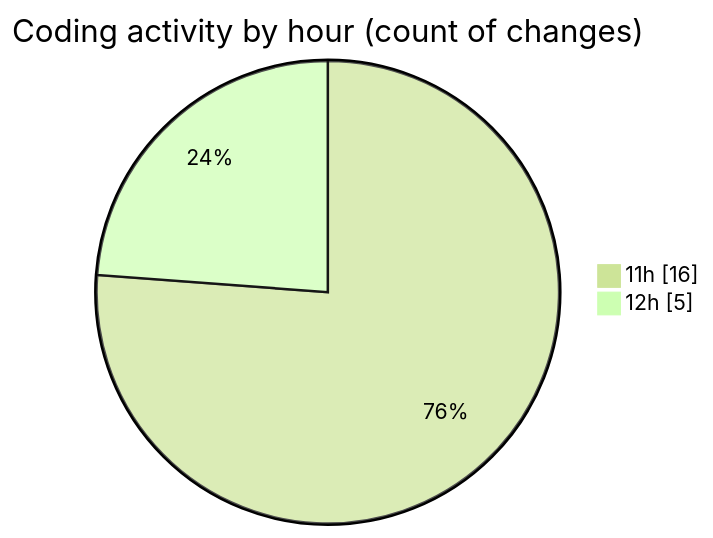
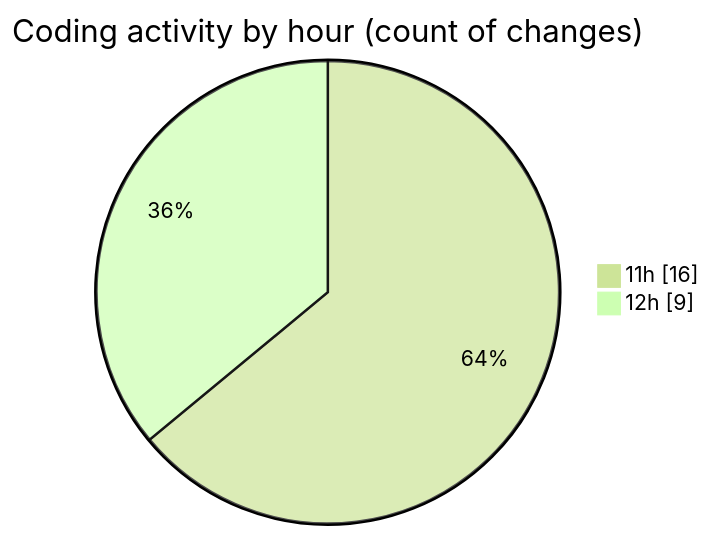
One commit to Netris89/code-tracking changed the second of 2 diagrams in 2025-03-26/back-end/README.md. Above: the diagram before and after it, drawn with Mermaid (forest theme). The commit also changed other lines of this file and 1 other file, not shown here.

````diff
--- a/2025-03-26/back-end/README.md
+++ b/2025-03-26/back-end/README.md
@@ -41,6 +42,6 @@
 ```mermaid
 pie showData
 title Coding activity by hour (count of changes)
 "11h" : 16
-"12h" : 5
+"12h" : 9
 ```
````
